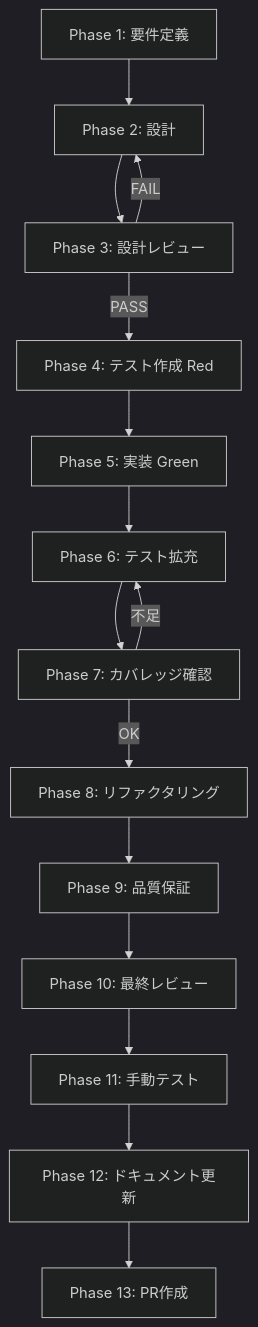
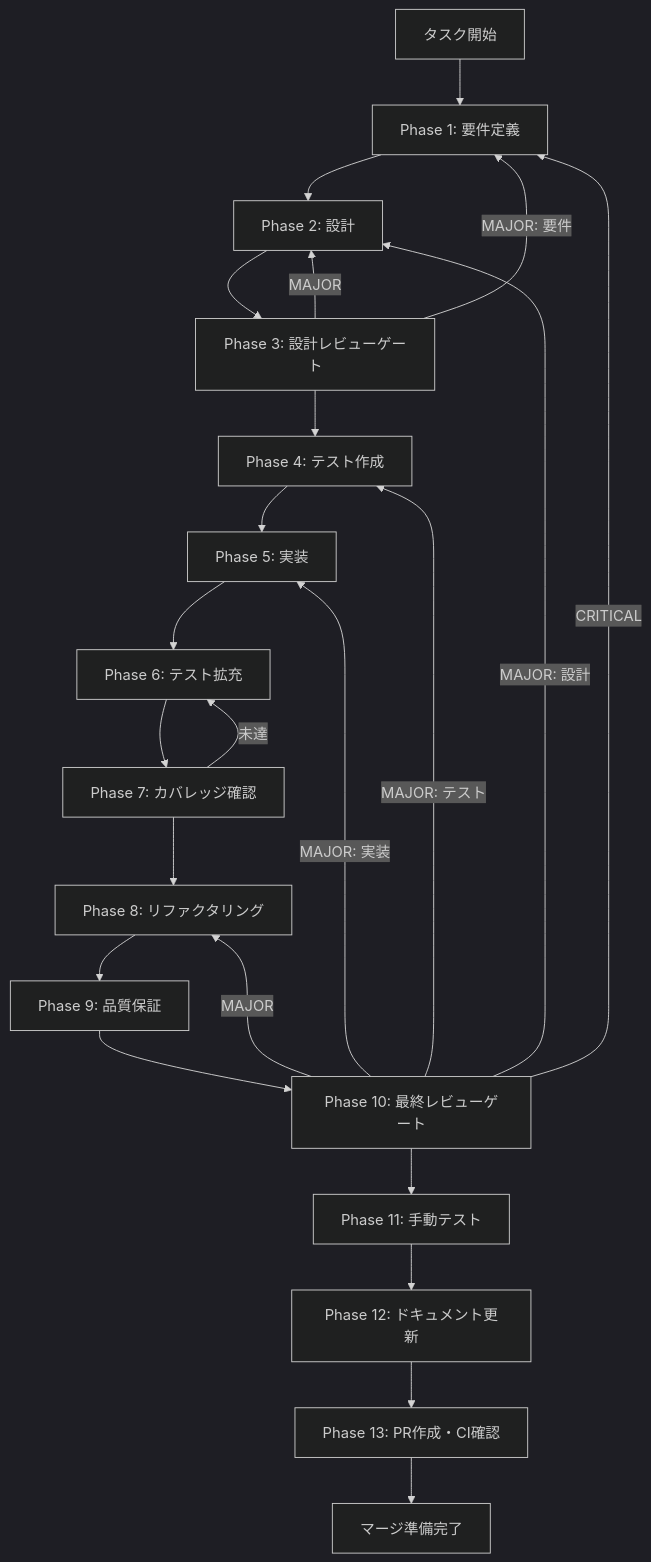
Before and after one commit to daishiman/AIWorkflowOrchestrator: the diagram in docs/30-workflows/completed-tasks/fix-step5-seq-lifecycle-panel-error/index.md, drawn with Mermaid (dark theme). The commit also changed other lines of this file and 37 other files, not shown here.

````diff
--- a/docs/30-workflows/completed-tasks/fix-step5-seq-lifecycle-panel-error/index.md
+++ b/docs/30-workflows/completed-tasks/fix-step5-seq-lifecycle-panel-error/index.md
@@ -71,17 +104,26 @@
 ```mermaid
 graph TD
-    A[Phase 1: 要件定義] --> B[Phase 2: 設計]
-    B --> C[Phase 3: 設計レビュー]
-    C -->|PASS| D[Phase 4: テスト作成 Red]
-    C -->|FAIL| B
-    D --> E[Phase 5: 実装 Green]
-    E --> F[Phase 6: テスト拡充]
-    F --> G[Phase 7: カバレッジ確認]
-    G -->|不足| F
-    G -->|OK| H[Phase 8: リファクタリング]
-    H --> I[Phase 9: 品質保証]
-    I --> J[Phase 10: 最終レビュー]
-    J --> K[Phase 11: 手動テスト]
-    K --> L[Phase 12: ドキュメント更新]
-    L --> M[Phase 13: PR作成]
+    START[タスク開始] --> T-01[Phase 1: 要件定義]
+    T-01 --> T-02[Phase 2: 設計]
+    T-02 --> T-03[Phase 3: 設計レビューゲート]
+    T-03 --> T-04[Phase 4: テスト作成]
+    T-04 --> T-05[Phase 5: 実装]
+    T-05 --> T-06[Phase 6: テスト拡充]
+    T-06 --> T-07[Phase 7: カバレッジ確認]
+    T-07 --> T-08[Phase 8: リファクタリング]
+    T-08 --> T-09[Phase 9: 品質保証]
+    T-09 --> T-10[Phase 10: 最終レビューゲート]
+    T-10 --> T-11[Phase 11: 手動テスト]
+    T-11 --> T-12[Phase 12: ドキュメント更新]
+    T-12 --> T-13[Phase 13: PR作成・CI確認]
+    T-13 --> END[マージ準備完了]
+
+    T-03 -->|MAJOR| T-02
+    T-03 -->|MAJOR: 要件| T-01
+    T-07 -->|未達| T-06
+    T-10 -->|MAJOR| T-08
+    T-10 -->|MAJOR: 実装| T-05
+    T-10 -->|MAJOR: テスト| T-04
+    T-10 -->|MAJOR: 設計| T-02
+    T-10 -->|CRITICAL| T-01
 ```
````
